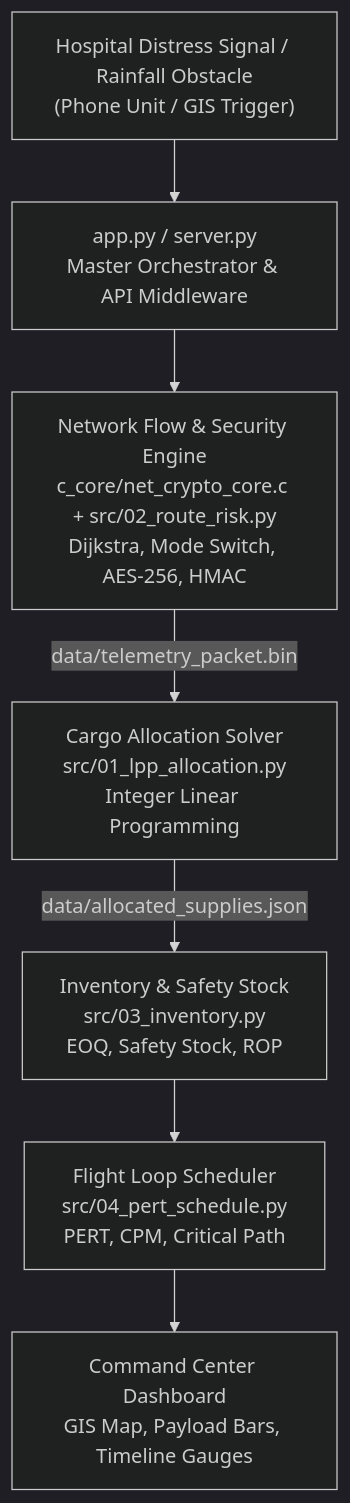
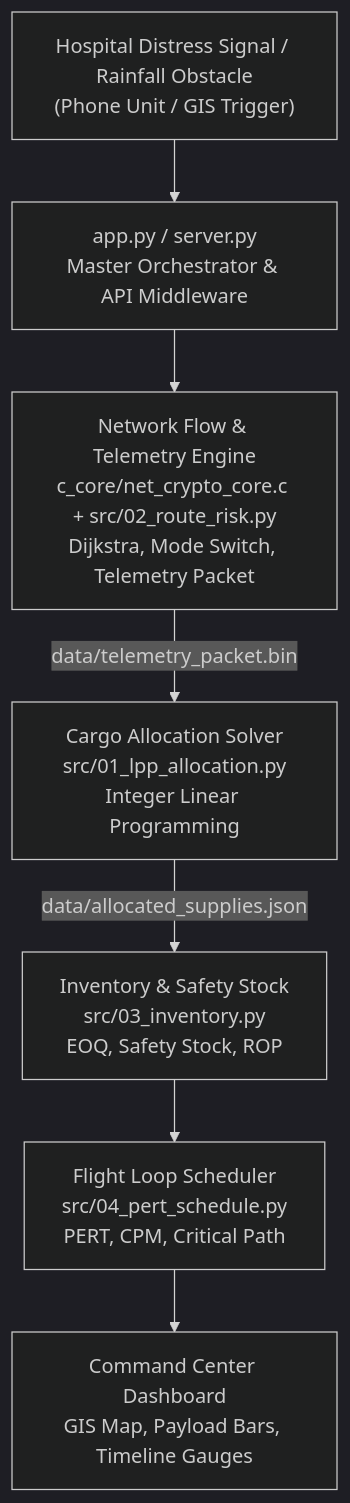
The diagram in README.md (SRReumah/ASAP), drawn with Mermaid (dark theme) before and after one commit. The commit also changed other lines of this file and 1 other file, not shown here.

````diff
--- a/README.md
+++ b/README.md
@@ -183,9 +198,9 @@
 ```mermaid
 flowchart TD
     A["Hospital Distress Signal / Rainfall Obstacle<br/>(Phone Unit / GIS Trigger)"] --> S["app.py / server.py<br/>Master Orchestrator & API Middleware"]
-    S --> M2["Network Flow & Security Engine<br/>c_core/net_crypto_core.c + src/02_route_risk.py<br/>Dijkstra, Mode Switch, AES-256, HMAC"]
+    S --> M2["Network Flow & Telemetry Engine<br/>c_core/net_crypto_core.c + src/02_route_risk.py<br/>Dijkstra, Mode Switch, Telemetry Packet"]
     M2 -->|"data/telemetry_packet.bin"| M1["Cargo Allocation Solver<br/>src/01_lpp_allocation.py<br/>Integer Linear Programming"]
     M1 -->|"data/allocated_supplies.json"| M3["Inventory & Safety Stock<br/>src/03_inventory.py<br/>EOQ, Safety Stock, ROP"]
     M3 --> M4["Flight Loop Scheduler<br/>src/04_pert_schedule.py<br/>PERT, CPM, Critical Path"]
     M4 --> D["Command Center Dashboard<br/>GIS Map, Payload Bars, Timeline Gauges"]
 ```
````
